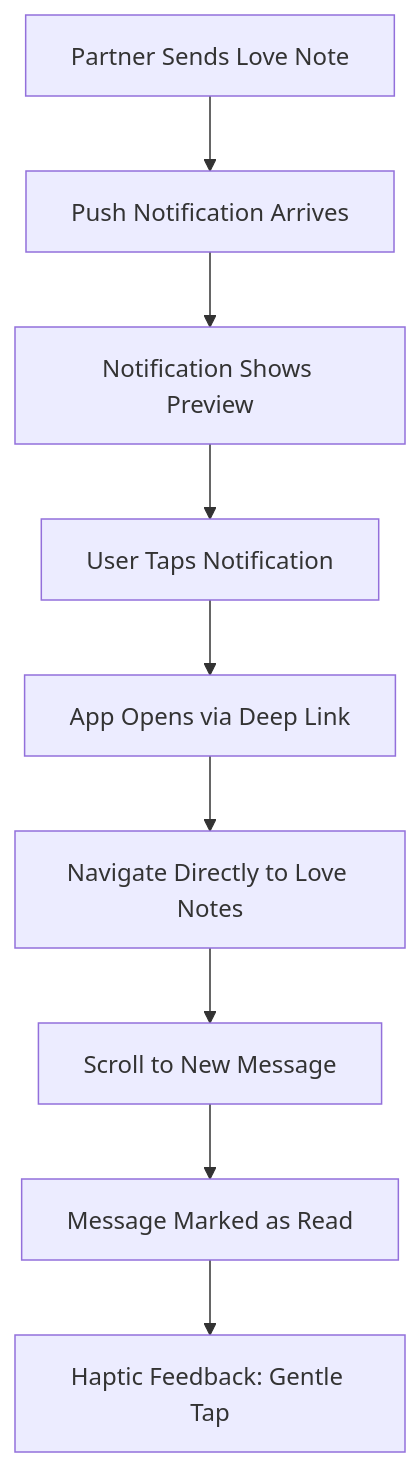
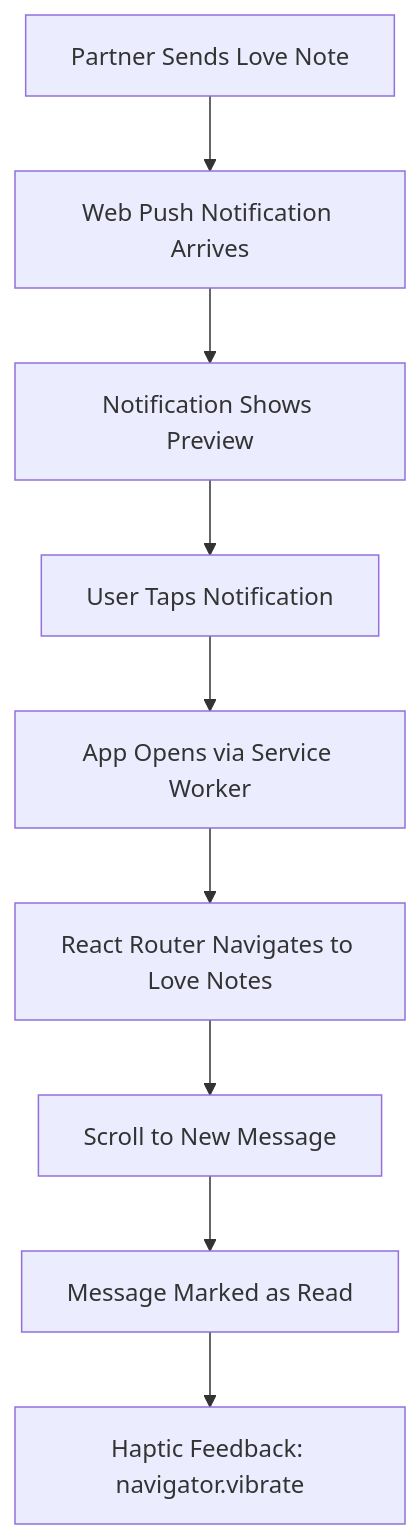
Before and after one commit to Sallvainian/My-Love: the third of 6 diagrams in docs/09-UX-Spec/ux-design-specification.md, drawn with Mermaid. The commit also changed other lines of this file and 83 other files, not shown here.

````diff
--- a/docs/09-UX-Spec/ux-design-specification.md
+++ b/docs/09-UX-Spec/ux-design-specification.md
@@ -316,11 +321,11 @@
 ```mermaid
 graph TD
-    A[Partner Sends Love Note] --> B[Push Notification Arrives]
+    A[Partner Sends Love Note] --> B[Web Push Notification Arrives]
     B --> C[Notification Shows Preview]
     C --> D[User Taps Notification]
-    D --> E[App Opens via Deep Link]
-    E --> F[Navigate Directly to Love Notes]
+    D --> E[App Opens via Service Worker]
+    E --> F[React Router Navigates to Love Notes]
     F --> G[Scroll to New Message]
     G --> H[Message Marked as Read]
-    H --> I[Haptic Feedback: Gentle Tap]
+    H --> I[Haptic Feedback: navigator.vibrate]
 ```
````
